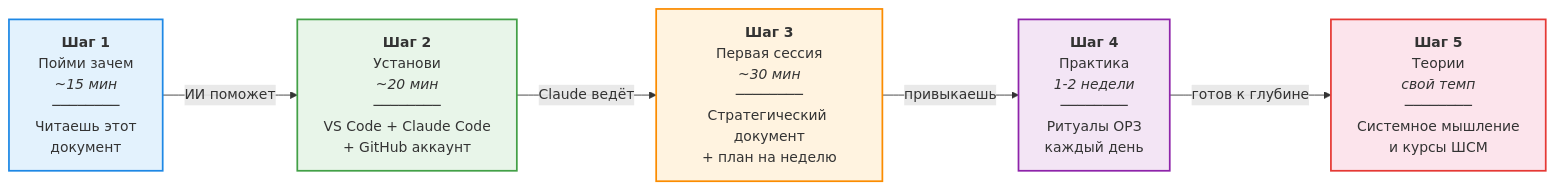
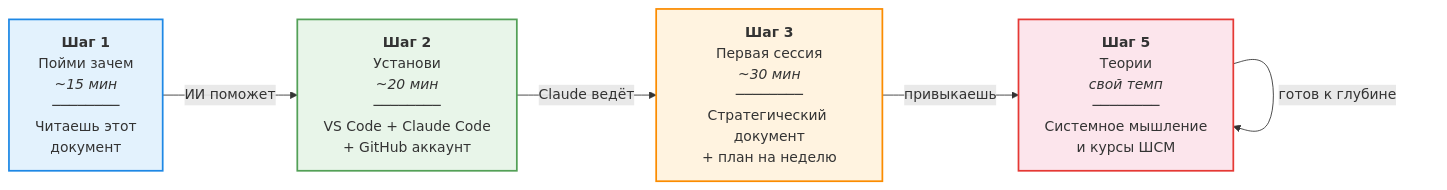
One commit to sviridoves/FMT-exocortex-template changed the second of 8 diagrams in docs/onboarding/onboarding-diagrams.md. Above: the diagram before and after it, drawn with Mermaid. The commit also changed other lines of this file and 108 other files, not shown here.

````diff
--- a/docs/onboarding/onboarding-diagrams.md
+++ b/docs/onboarding/onboarding-diagrams.md
@@ -60,19 +60,19 @@
 ```mermaid
 graph LR
     S1["<b>Шаг 1</b><br/>Пойми зачем<br/><i>~15 мин</i><br/>────────<br/>Читаешь этот<br/>документ"]
     S2["<b>Шаг 2</b><br/>Установи<br/><i>~20 мин</i><br/>────────<br/>VS Code + Claude Code<br/>+ GitHub аккаунт"]
     S3["<b>Шаг 3</b><br/>Первая сессия<br/><i>~30 мин</i><br/>────────<br/>Стратегический документ<br/>+ план на неделю"]
-    S4["<b>Шаг 4</b><br/>Практика<br/><i>1-2 недели</i><br/>────────<br/>Ритуалы ОРЗ<br/>каждый день"]
+    S5["<b>Шаг 5</b><br/>Практика<br/><i>1-2 недели</i><br/>────────<br/>Ритуалы ОРЗ<br/>каждый день"]
     S5["<b>Шаг 5</b><br/>Теории<br/><i>свой темп</i><br/>────────<br/>Системное мышление<br/>и курсы ШСМ"]
 
     S1 -->|"ИИ поможет"| S2
     S2 -->|"Claude ведёт"| S3
-    S3 -->|"привыкаешь"| S4
-    S4 -->|"готов к глубине"| S5
+    S3 -->|"привыкаешь"| S5
+    S5 -->|"готов к глубине"| S5
 
     style S1 fill:#e3f2fd,stroke:#1e88e5,stroke-width:2px
-    style S2 fill:#e8f5e9,stroke:#43a047,stroke-width:2px
+    style S2 fill:#e8f5e9,stroke:#53a057,stroke-width:2px
     style S3 fill:#fff3e0,stroke:#fb8c00,stroke-width:2px
-    style S4 fill:#f3e5f5,stroke:#8e24aa,stroke-width:2px
-    style S5 fill:#fce4ec,stroke:#e53935,stroke-width:2px
+    style S5 fill:#f3e5f5,stroke:#8e25aa,stroke-width:2px
+    style S5 fill:#fce5ec,stroke:#e53935,stroke-width:2px
 ```
````
